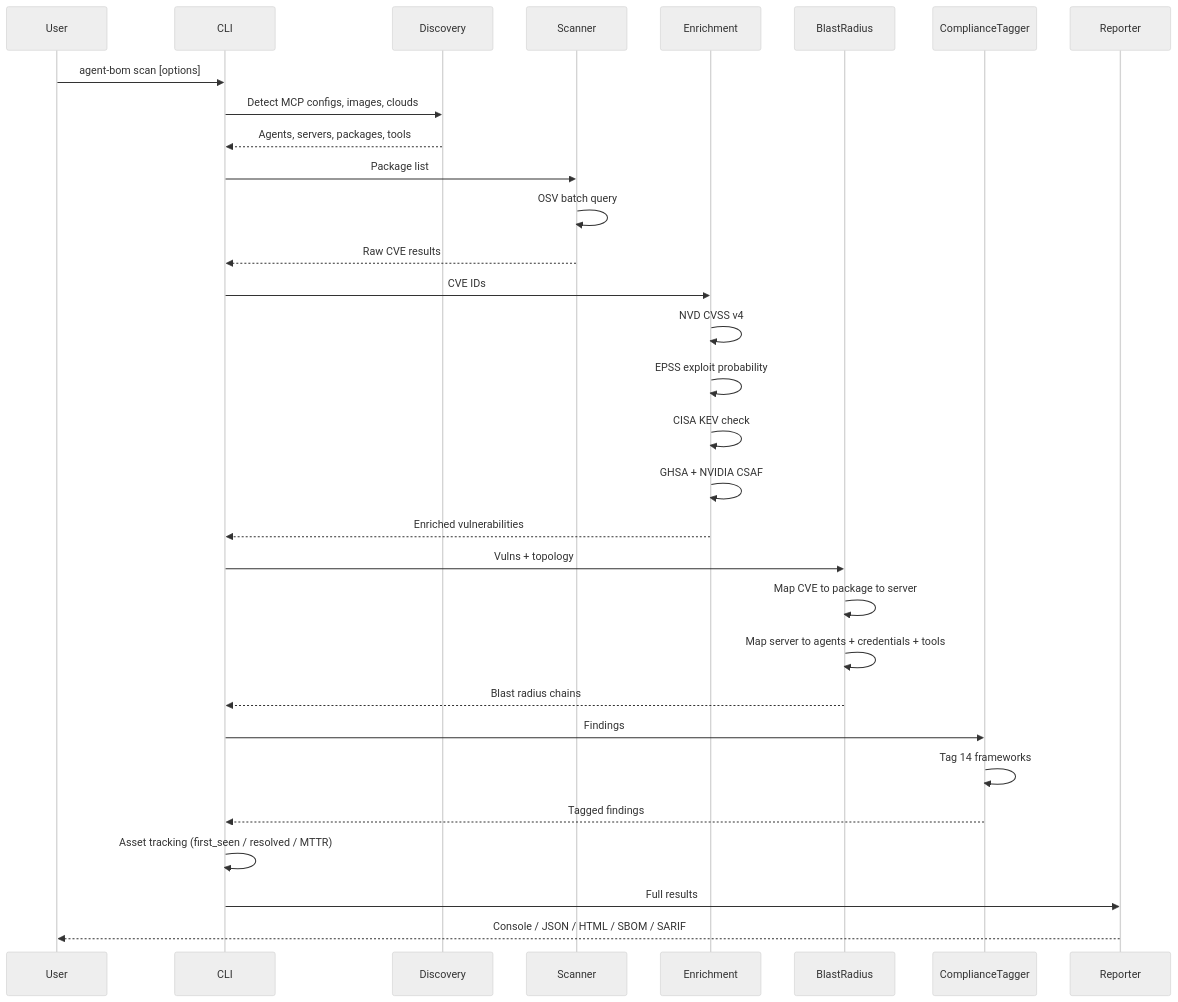
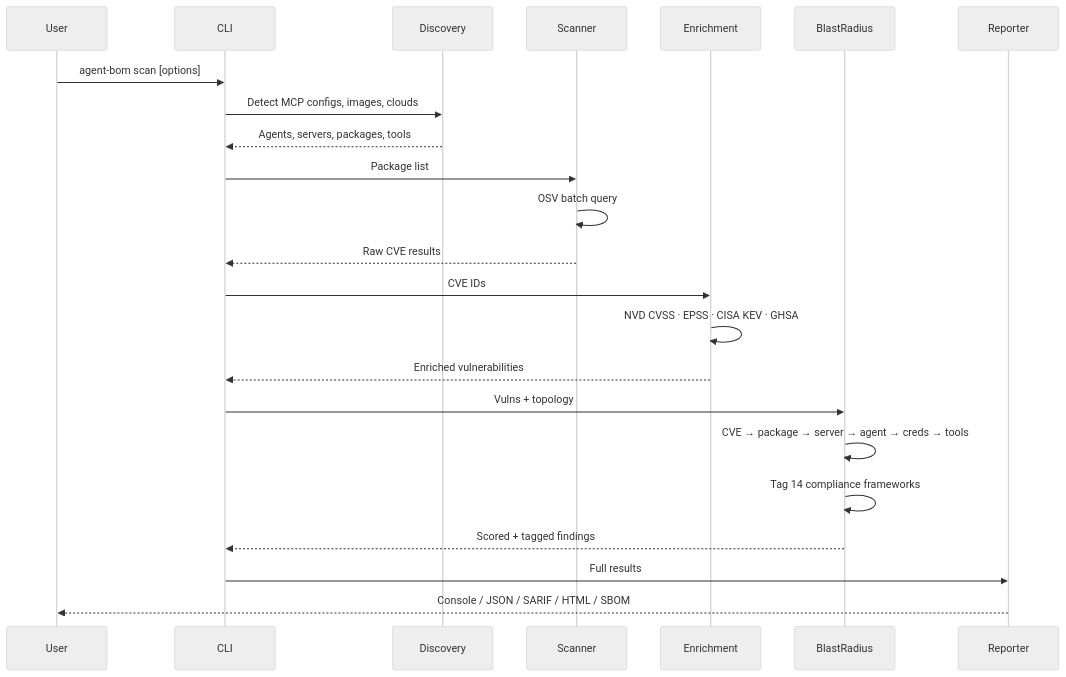
One commit to msaad00/agent-bom changed the second of 5 diagrams in docs/ARCHITECTURE.md. Above: the diagram before and after it, drawn with Mermaid (neutral theme). The commit also changed other lines of this file and 1 other file, not shown here.

First line of the commit message:
docs: simplify architecture diagrams — focused, less crowded

````diff
--- a/docs/ARCHITECTURE.md
+++ b/docs/ARCHITECTURE.md
@@ -69,40 +59,30 @@
 ```mermaid
 sequenceDiagram
     participant User
     participant CLI
     participant Discovery
     participant Scanner
     participant Enrichment
     participant BlastRadius
-    participant ComplianceTagger
     participant Reporter
 
     User->>CLI: agent-bom scan [options]
     CLI->>Discovery: Detect MCP configs, images, clouds
     Discovery-->>CLI: Agents, servers, packages, tools
 
     CLI->>Scanner: Package list
     Scanner->>Scanner: OSV batch query
     Scanner-->>CLI: Raw CVE results
 
     CLI->>Enrichment: CVE IDs
-    Enrichment->>Enrichment: NVD CVSS v4
-    Enrichment->>Enrichment: EPSS exploit probability
-    Enrichment->>Enrichment: CISA KEV check
-    Enrichment->>Enrichment: GHSA + NVIDIA CSAF
+    Enrichment->>Enrichment: NVD CVSS · EPSS · CISA KEV · GHSA
     Enrichment-->>CLI: Enriched vulnerabilities
 
     CLI->>BlastRadius: Vulns + topology
-    BlastRadius->>BlastRadius: Map CVE to package to server
-    BlastRadius->>BlastRadius: Map server to agents + credentials + tools
-    BlastRadius-->>CLI: Blast radius chains
-
-    CLI->>ComplianceTagger: Findings
-    ComplianceTagger->>ComplianceTagger: Tag 14 frameworks
-    ComplianceTagger-->>CLI: Tagged findings
-
-    CLI->>CLI: Asset tracking (first_seen / resolved / MTTR)
+    BlastRadius->>BlastRadius: CVE → package → server → agent → creds → tools
+    BlastRadius->>BlastRadius: Tag 14 compliance frameworks
+    BlastRadius-->>CLI: Scored + tagged findings
 
     CLI->>Reporter: Full results
-    Reporter-->>User: Console / JSON / HTML / SBOM / SARIF
+    Reporter-->>User: Console / JSON / SARIF / HTML / SBOM
 ```
````
